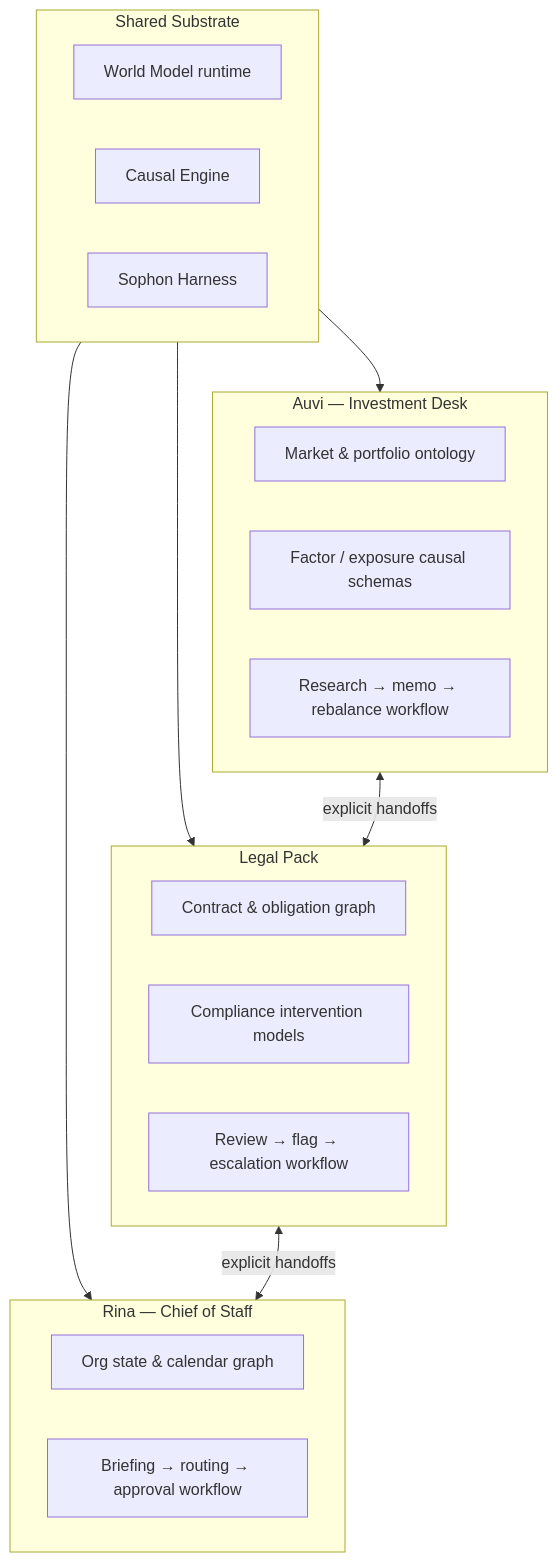
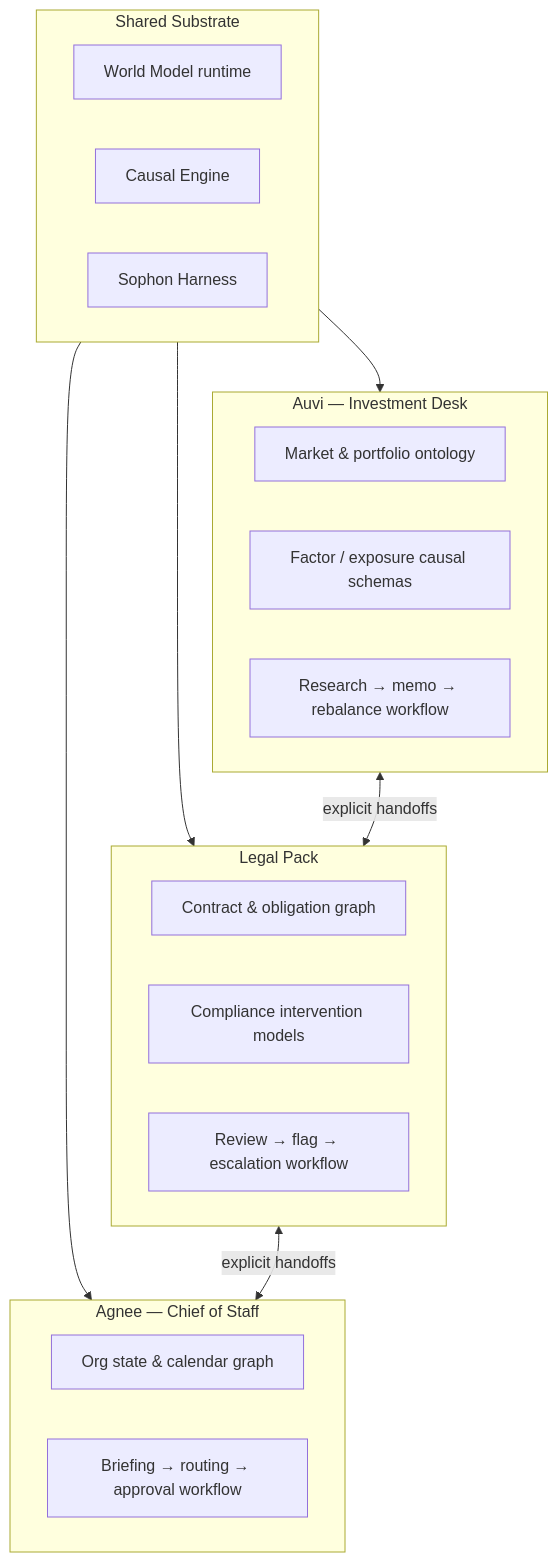
One commit to DeepEmergence/de-pitch-deck changed the third of 5 diagrams in architecture.md. Above: the diagram before and after it, drawn with Mermaid. The commit also changed other lines of this file and 14 other files, not shown here.

````diff
--- a/architecture.md
+++ b/architecture.md
@@ -189,32 +189,32 @@
 ```mermaid
 flowchart TB
     subgraph SUBSTRATE["Shared Substrate"]
         WM2["World Model runtime"]
         CI2["Causal Engine"]
         H2["Sophon Harness"]
     end
 
     subgraph PACK_A["Auvi — Investment Desk"]
         A_ONT["Market & portfolio ontology"]
         A_CAUSAL["Factor / exposure causal schemas"]
         A_WF["Research → memo → rebalance workflow"]
     end
 
     subgraph PACK_B["Legal Pack"]
         B_ONT["Contract & obligation graph"]
         B_CAUSAL["Compliance intervention models"]
         B_WF["Review → flag → escalation workflow"]
     end
 
-    subgraph PACK_C["Rina — Chief of Staff"]
+    subgraph PACK_C["Agnee — Chief of Staff"]
         C_ONT["Org state & calendar graph"]
         C_WF["Briefing → routing → approval workflow"]
     end
 
     SUBSTRATE --> PACK_A
     SUBSTRATE --> PACK_B
     SUBSTRATE --> PACK_C
 
     PACK_A <-->|"explicit handoffs"| PACK_B
     PACK_B <-->|"explicit handoffs"| PACK_C
 ```
````
